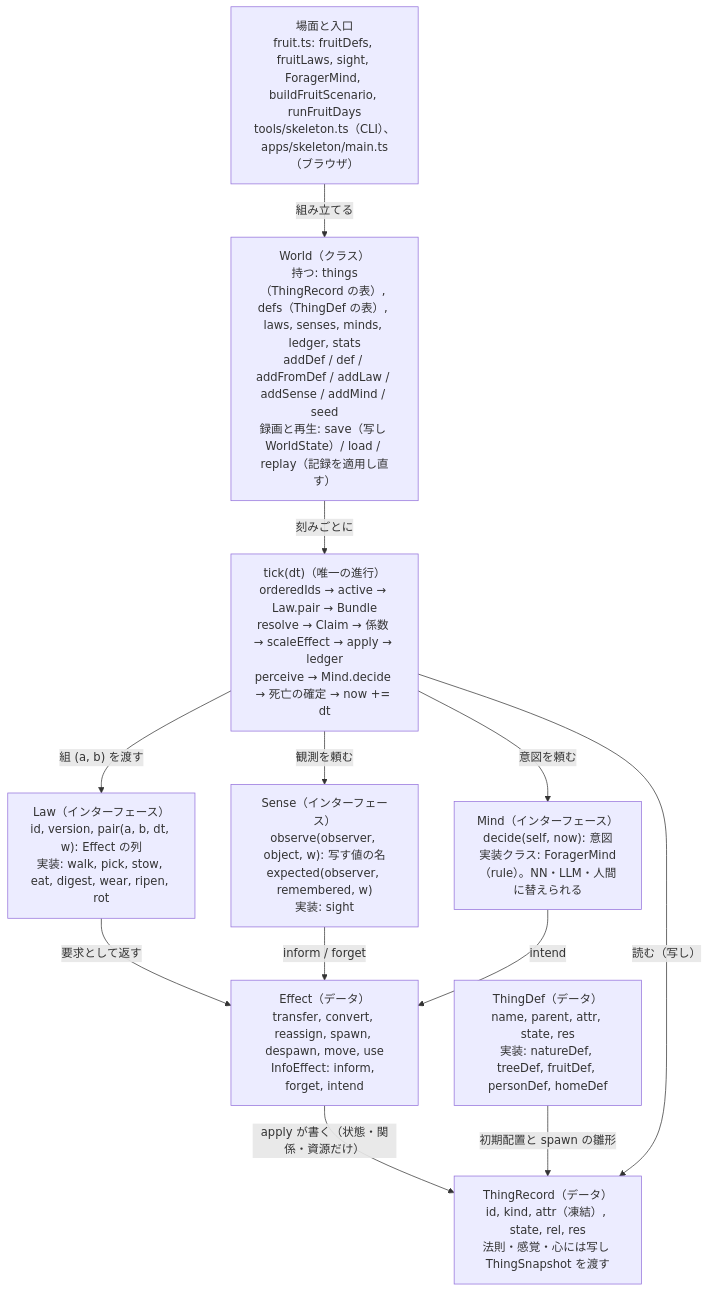
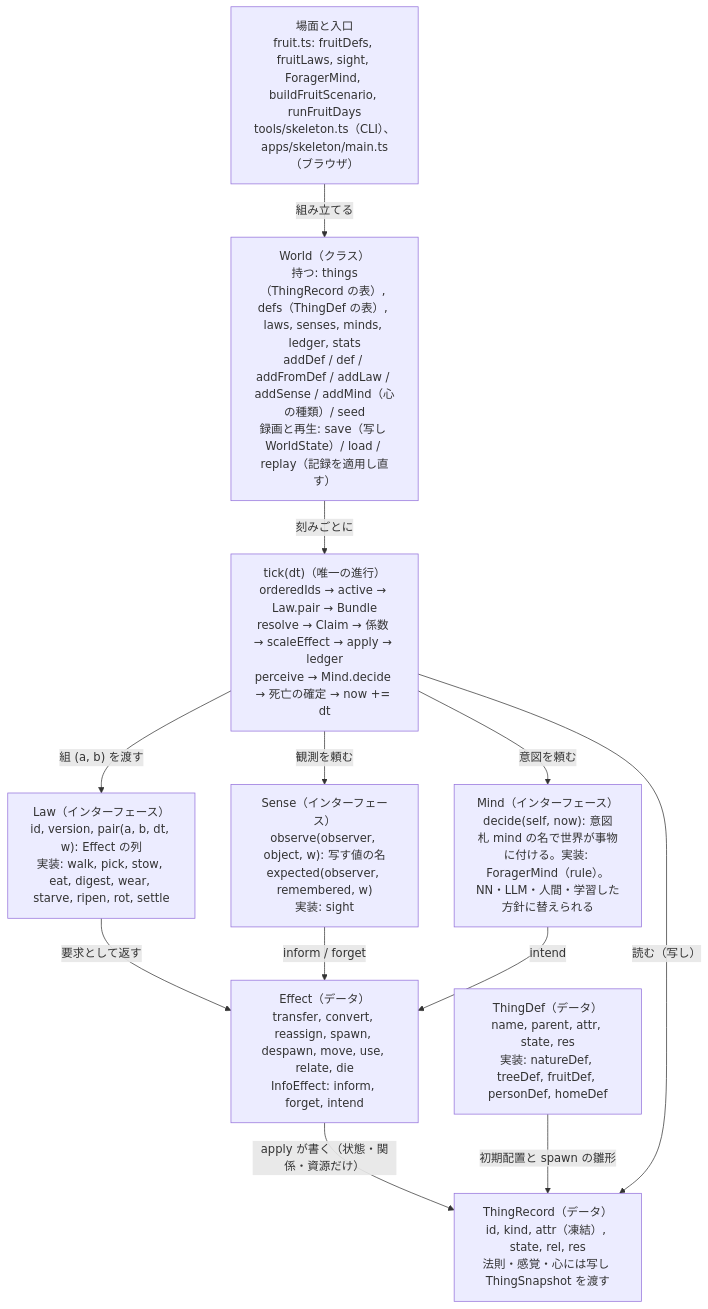
One commit to demerzel09/Medieval-Simulator changed the diagram in docs/figures/src/design-fig4-impl.mmd. Above: the diagram before and after it, drawn with Mermaid. The commit also changed 13 other files, not shown here.

```diff
--- a/docs/figures/src/design-fig4-impl.mmd
+++ b/docs/figures/src/design-fig4-impl.mmd
@@ -1,21 +1,21 @@
 flowchart TD
   SC["場面と入口<br/>fruit.ts: fruitDefs, fruitLaws, sight, ForagerMind, buildFruitScenario, runFruitDays<br/>tools/skeleton.ts（CLI）、apps/skeleton/main.ts（ブラウザ）"]
-  WD["World（クラス）<br/>持つ: things（ThingRecord の表）, defs（ThingDef の表）, laws, senses, minds, ledger, stats<br/>addDef / def / addFromDef / addLaw / addSense / addMind / seed<br/>録画と再生: save（写し WorldState）/ load / replay（記録を適用し直す）"]
+  WD["World（クラス）<br/>持つ: things（ThingRecord の表）, defs（ThingDef の表）, laws, senses, minds, ledger, stats<br/>addDef / def / addFromDef / addLaw / addSense / addMind（心の種類）/ seed<br/>録画と再生: save（写し WorldState）/ load / replay（記録を適用し直す）"]
   TK["tick(dt)（唯一の進行）<br/>orderedIds → active → Law.pair → Bundle<br/>resolve → Claim → 係数 → scaleEffect → apply → ledger<br/>perceive → Mind.decide → 死亡の確定 → now += dt"]
-  LW["Law（インターフェース）<br/>id, version, pair(a, b, dt, w): Effect の列<br/>実装: walk, pick, stow, eat, digest, wear, ripen, rot"]
+  LW["Law（インターフェース）<br/>id, version, pair(a, b, dt, w): Effect の列<br/>実装: walk, pick, stow, eat, digest, wear, starve, ripen, rot, settle"]
   SN["Sense（インターフェース）<br/>observe(observer, object, w): 写す値の名<br/>expected(observer, remembered, w)<br/>実装: sight"]
-  MD["Mind（インターフェース）<br/>decide(self, now): 意図<br/>実装クラス: ForagerMind（rule）。NN・LLM・人間に替えられる"]
-  EF["Effect（データ）<br/>transfer, convert, reassign, spawn, despawn, move, use<br/>InfoEffect: inform, forget, intend"]
+  MD["Mind（インターフェース）<br/>decide(self, now): 意図<br/>札 mind の名で世界が事物に付ける。実装: ForagerMind（rule）。NN・LLM・人間・学習した方針に替えられる"]
+  EF["Effect（データ）<br/>transfer, convert, reassign, spawn, despawn, move, use, relate, die<br/>InfoEffect: inform, forget, intend"]
   DF["ThingDef（データ）<br/>name, parent, attr, state, res<br/>実装: natureDef, treeDef, fruitDef, personDef, homeDef"]
   TR["ThingRecord（データ）<br/>id, kind, attr（凍結）, state, rel, res<br/>法則・感覚・心には写し ThingSnapshot を渡す"]
   SC -->|"組み立てる"| WD
   WD -->|"刻みごとに"| TK
   TK -->|"組 (a, b) を渡す"| LW
   TK -->|"観測を頼む"| SN
   TK -->|"意図を頼む"| MD
   LW -->|"要求として返す"| EF
   SN -->|"inform / forget"| EF
   MD -->|"intend"| EF
   EF -->|"apply が書く（状態・関係・資源だけ）"| TR
   DF -->|"初期配置と spawn の雛形"| TR
   TK -->|"読む（写し）"| TR
```
